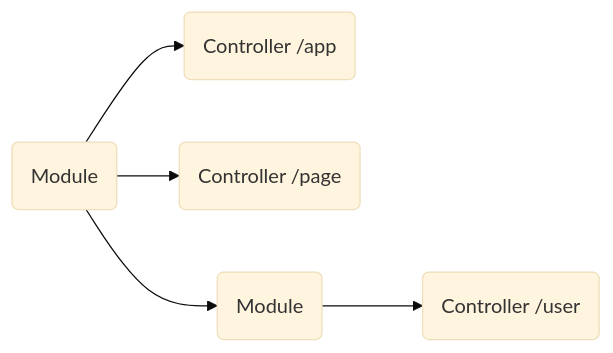
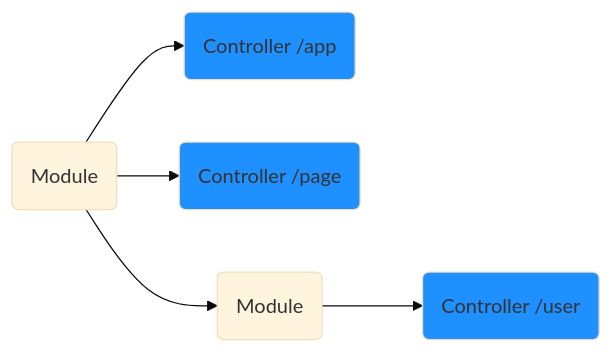
Before and after one commit to peque-ts/website: the diagram in docs/framework/modules.md, drawn with Mermaid (base theme). The commit also changed 28 other files, not shown here.

Commit message:
chore: replace diagrams with mermaid

````diff
--- a/docs/framework/modules.md
+++ b/docs/framework/modules.md
@@ -13,7 +13,9 @@
 ```mermaid
 graph LR
-  M1(Module) --> C1(Controller /app)
-  M1 --> C2(Controller /page)
+  M1(Module) --> C1(Controller /app):::controller
+  M1 --> C2(Controller /page):::controller
   M1 --> M2(Module)
-  M2 --> C3(Controller /user)
+  M2 --> C3(Controller /user):::controller
+  
+  classDef controller fill:DodgerBlue
 ```
````
